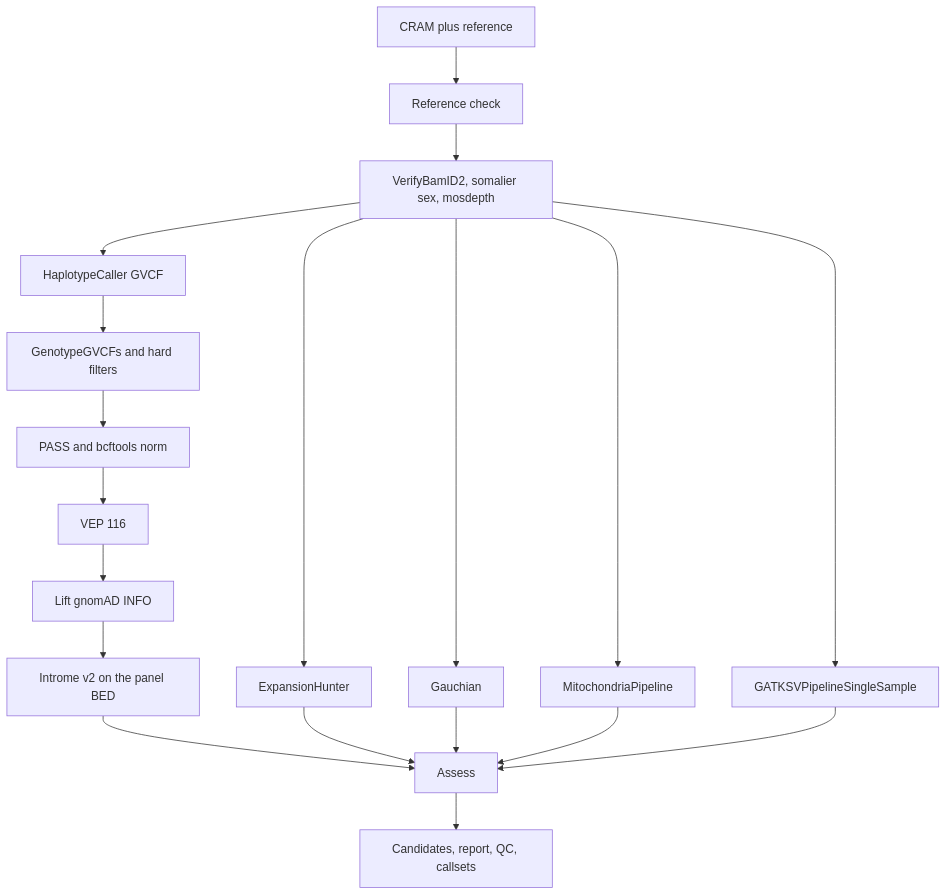
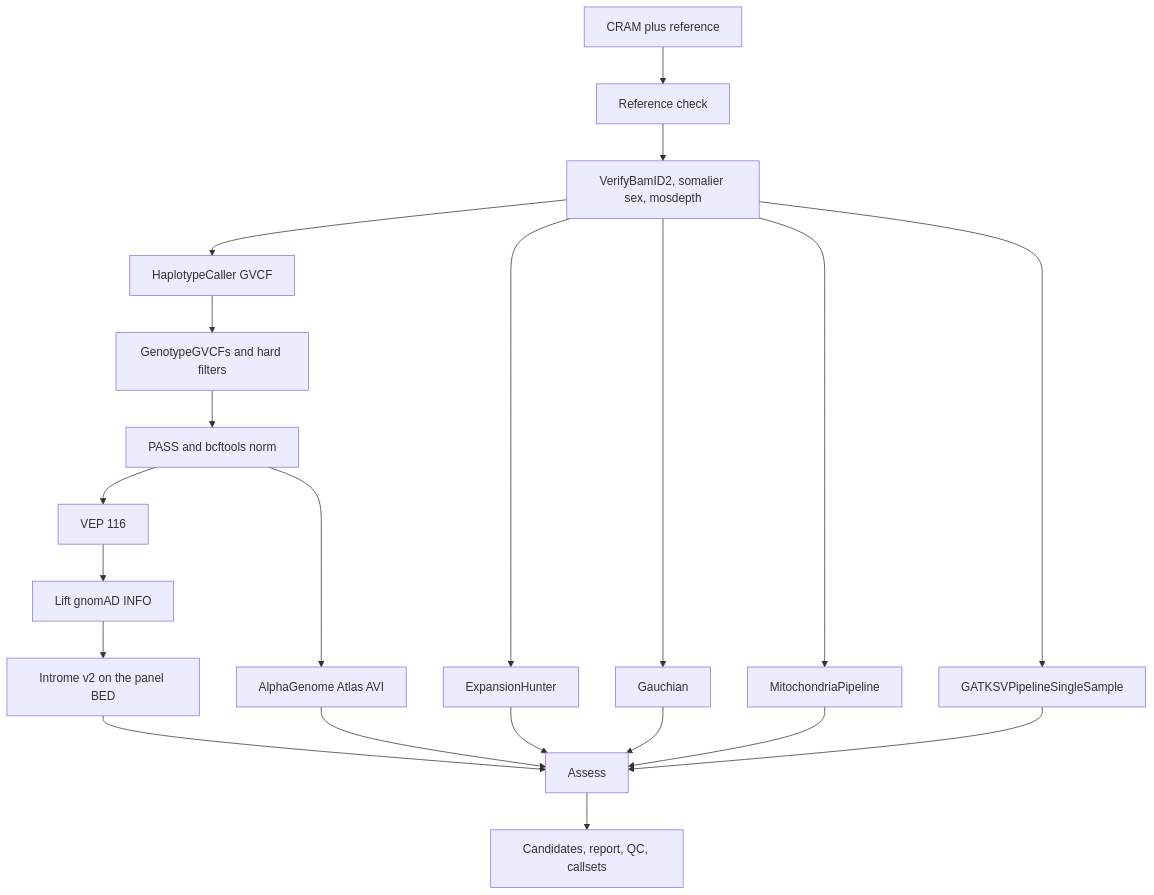
One commit to gqworks/pdsample-terra changed the diagram in README.md. Above: the diagram before and after it, drawn with Mermaid. The commit also changed other lines of this file and 18 other files, not shown here.

First line of the commit message:
Score PASS SNVs with AlphaGenome Atlas AVI.

````diff
--- a/README.md
+++ b/README.md
@@ -5,21 +5,23 @@
 ```mermaid
 flowchart TD
   cram[CRAM plus reference] --> check[Reference check]
   check --> qc[VerifyBamID2, somalier sex, mosdepth]
   qc --> hc[HaplotypeCaller GVCF]
   hc --> gt[GenotypeGVCFs and hard filters]
   gt --> norm[PASS and bcftools norm]
   norm --> vep[VEP 116]
   vep --> lift[Lift gnomAD INFO]
   lift --> introme[Introme v2 on the panel BED]
+  norm --> avi[AlphaGenome Atlas AVI]
   qc --> eh[ExpansionHunter]
   qc --> gba[Gauchian]
   qc --> mito[MitochondriaPipeline]
   qc --> gatksv[GATKSVPipelineSingleSample]
   introme --> assess[Assess]
+  avi --> assess[Assess]
   eh --> assess
   gba --> assess
   mito --> assess
   gatksv --> assess
   assess --> row[Candidates, report, QC, callsets]
 ```
````
